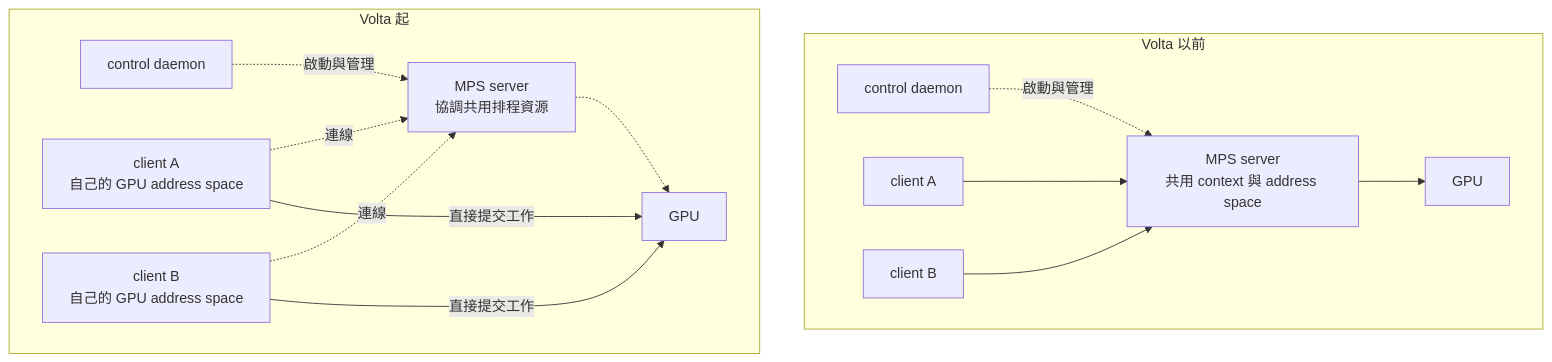
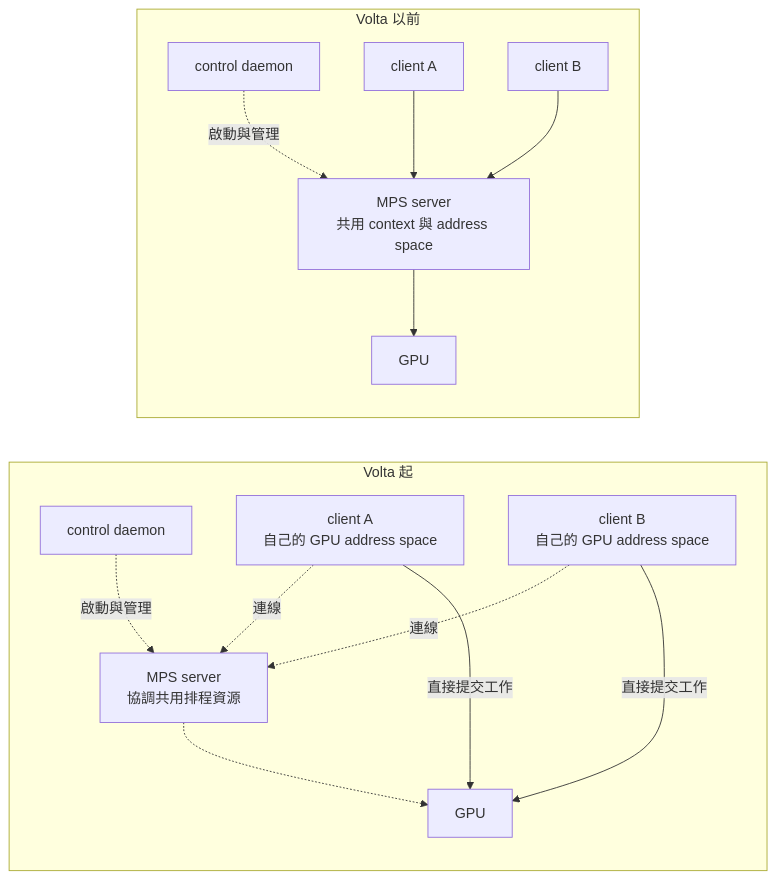
One commit to Daniel77871/dra-gpu-sharing-in-practice changed the third of 4 diagrams in book/04-isolation/mps.md. Above: the diagram before and after it, drawn with Mermaid. The commit also changed other lines of this file and 15 other files, not shown here.

First line of the commit message:
Fit wide Mermaid diagrams to the GitHub page width

````diff
--- a/book/04-isolation/mps.md
+++ b/book/04-isolation/mps.md
@@ -61,17 +61,17 @@
 ```mermaid
-flowchart TB
-  subgraph P["Volta 以前"]
-    PD["control daemon"] -.->|"啟動與管理"| PS["MPS server<br/>共用 context 與 address space"]
-    PA["client A"] --> PS
-    PB["client B"] --> PS
-    PS --> PG["GPU"]
-  end
+flowchart LR
   subgraph V["Volta 起"]
     VD["control daemon"] -.->|"啟動與管理"| VS["MPS server<br/>協調共用排程資源"]
     VA["client A<br/>自己的 GPU address space"] -.->|"連線"| VS
     VB["client B<br/>自己的 GPU address space"] -.->|"連線"| VS
     VA -->|"直接提交工作"| VG["GPU"]
     VB -->|"直接提交工作"| VG
     VS -.-> VG
   end
+  subgraph P["Volta 以前"]
+    PD["control daemon"] -.->|"啟動與管理"| PS["MPS server<br/>共用 context 與 address space"]
+    PA["client A"] --> PS
+    PB["client B"] --> PS
+    PS --> PG["GPU"]
+  end
 ```
````
